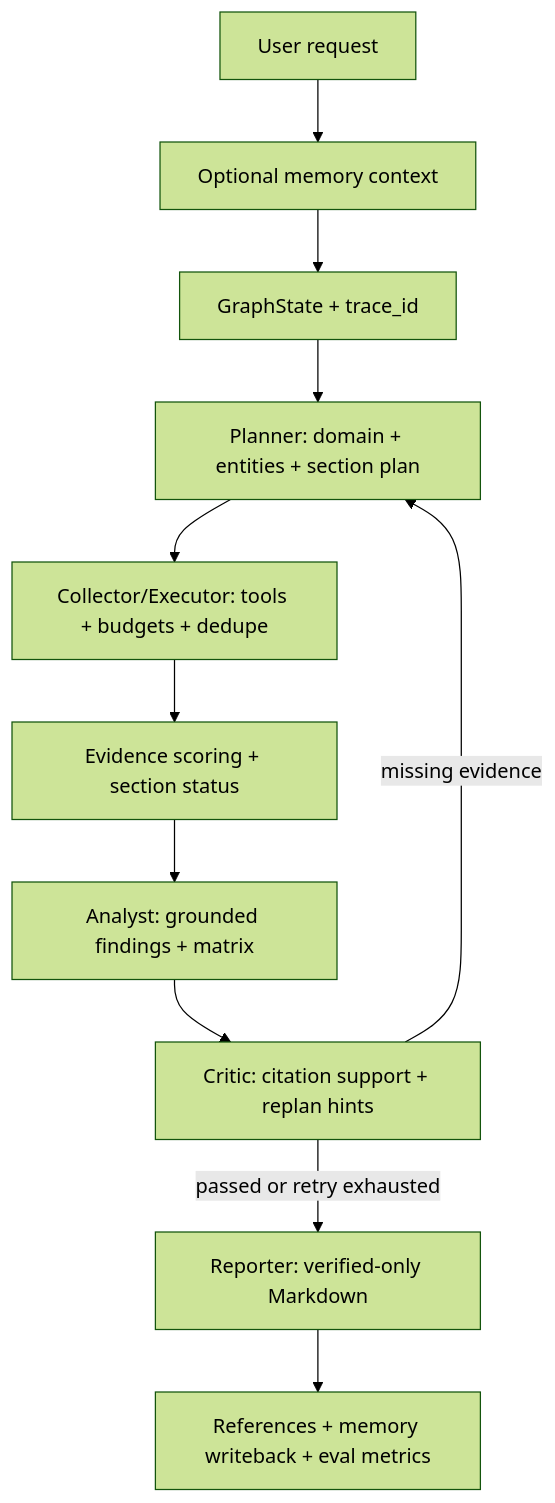
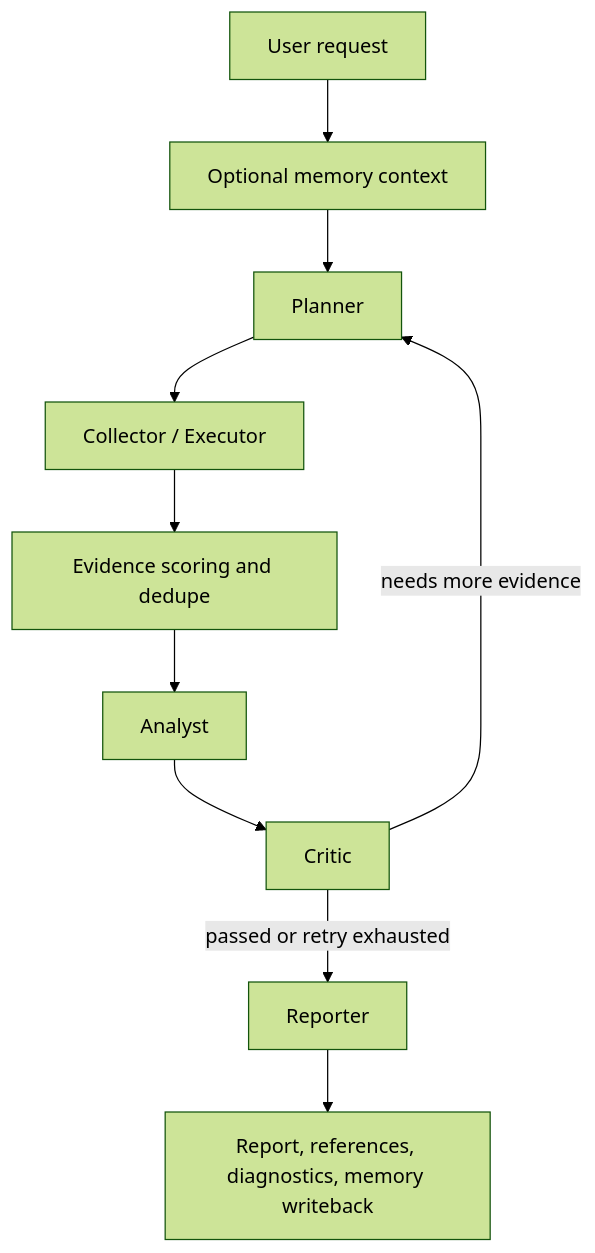
One commit to Caser-86/InsightGraph changed the diagram in docs/architecture.md. Above: the diagram before and after it, drawn with Mermaid (forest theme). The commit also changed other lines of this file and 16 other files, not shown here.

````diff
--- a/docs/architecture.md
+++ b/docs/architecture.md
@@ -50,13 +31,12 @@
 ```mermaid
 flowchart TB
     A[User request] --> B[Optional memory context]
-    B --> C[GraphState + trace_id]
-    C --> D[Planner: domain + entities + section plan]
-    D --> E[Collector/Executor: tools + budgets + dedupe]
-    E --> F[Evidence scoring + section status]
-    F --> G[Analyst: grounded findings + matrix]
-    G --> H[Critic: citation support + replan hints]
-    H -->|missing evidence| D
-    H -->|passed or retry exhausted| I[Reporter: verified-only Markdown]
-    I --> J[References + memory writeback + eval metrics]
+    B --> C[Planner]
+    C --> D[Collector / Executor]
+    D --> E[Evidence scoring and dedupe]
+    E --> F[Analyst]
+    F --> G[Critic]
+    G -->|needs more evidence| C
+    G -->|passed or retry exhausted| H[Reporter]
+    H --> I[Report, references, diagnostics, memory writeback]
 ```
````
